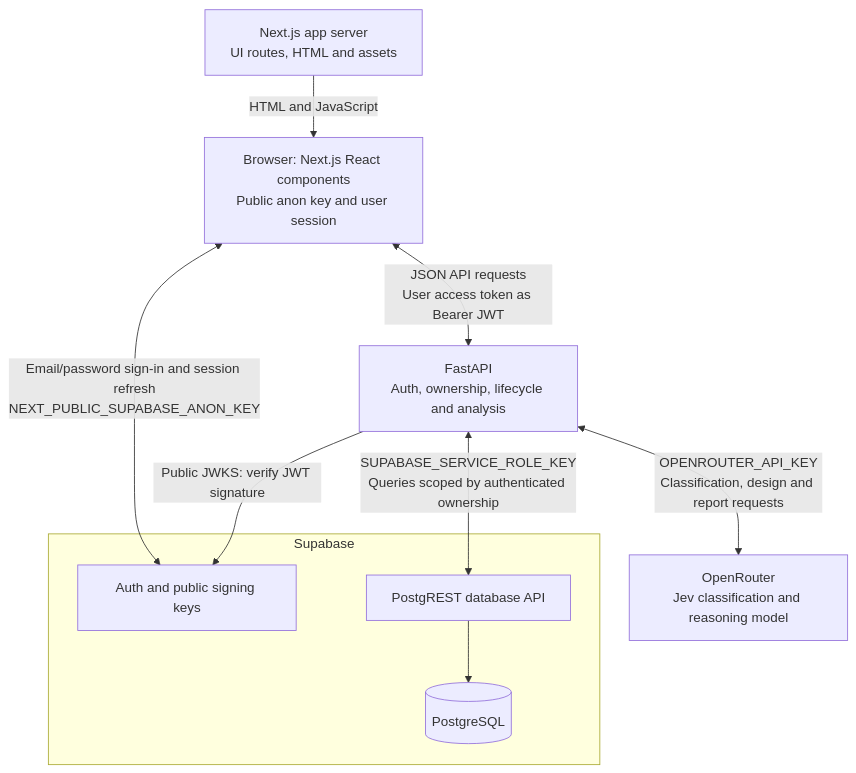
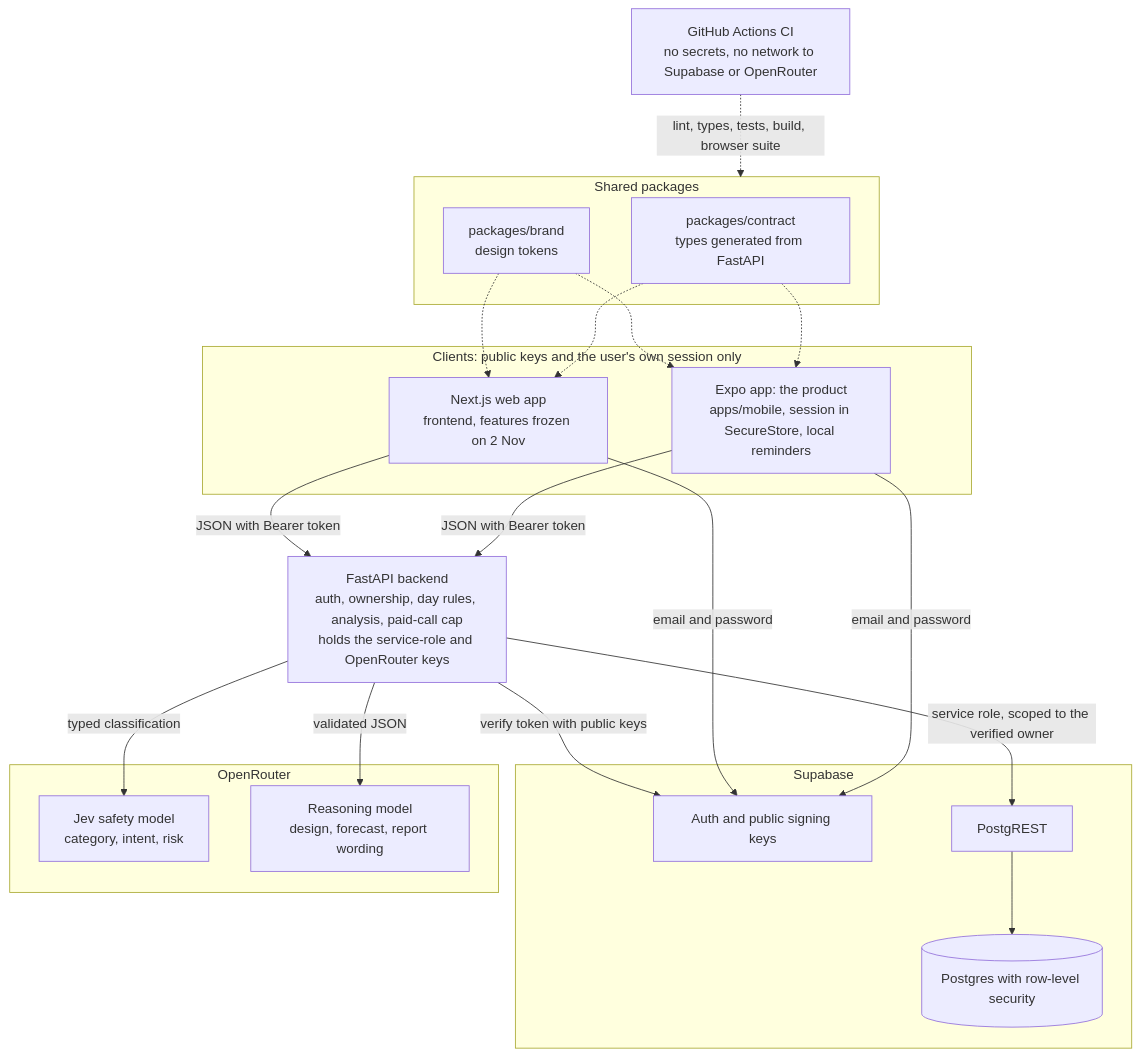
One commit to mnahsanofficial/rhythm-health changed the first of 6 diagrams in docs/ARCHITECTURE.md. Above: the diagram before and after it, drawn with Mermaid. The commit also changed other lines of this file and 22 other files, not shown here.

````diff
--- a/docs/ARCHITECTURE.md
+++ b/docs/ARCHITECTURE.md
@@ -7,19 +19,36 @@
 ```mermaid
 flowchart TB
-    WEB["Next.js app server<br/>UI routes, HTML and assets"]
-    UI["Browser: Next.js React components<br/>Public anon key and user session"]
-    API["FastAPI<br/>Auth, ownership, lifecycle and analysis"]
+    subgraph Clients["Clients: public keys and the user's own session only"]
+        M["Expo app: the product<br/>apps/mobile, session in SecureStore, local reminders"]
+        W["Next.js web app<br/>frontend, features frozen on 2 Nov"]
+    end
+    subgraph Shared["Shared packages"]
+        C["packages/contract<br/>types generated from FastAPI"]
+        B["packages/brand<br/>design tokens"]
+    end
+    API["FastAPI backend<br/>auth, ownership, day rules, analysis, paid-call cap<br/>holds the service-role and OpenRouter keys"]
     subgraph SB["Supabase"]
-        AUTH["Auth and public signing keys"]
-        REST["PostgREST database API"]
-        PG[("PostgreSQL")]
+        A["Auth and public signing keys"]
+        REST["PostgREST"]
+        PG[("Postgres with row-level security")]
         REST --> PG
     end
-    OR["OpenRouter<br/>Jev classification and reasoning model"]
-    WEB -->|"HTML and JavaScript"| UI
-    UI <-->|"Email/password sign-in and session refresh<br/>NEXT_PUBLIC_SUPABASE_ANON_KEY"| AUTH
-    UI <-->|"JSON API requests<br/>User access token as Bearer JWT"| API
-    API -->|"Public JWKS: verify JWT signature"| AUTH
-    API <-->|"SUPABASE_SERVICE_ROLE_KEY<br/>Queries scoped by authenticated ownership"| REST
-    API <-->|"OPENROUTER_API_KEY<br/>Classification, design and report requests"| OR
+    subgraph OR["OpenRouter"]
+        J["Jev safety model<br/>category, intent, risk"]
+        R["Reasoning model<br/>design, forecast, report wording"]
+    end
+    CI["GitHub Actions CI<br/>no secrets, no network to Supabase or OpenRouter"]
+    M -->|"email and password"| A
+    W -->|"email and password"| A
+    M -->|"JSON with Bearer token"| API
+    W -->|"JSON with Bearer token"| API
+    API -->|"verify token with public keys"| A
+    API -->|"service role, scoped to the verified owner"| REST
+    API -->|"typed classification"| J
+    API -->|"validated JSON"| R
+    C -.-> M
+    C -.-> W
+    B -.-> M
+    B -.-> W
+    CI -.->|"lint, types, tests, build, browser suite"| Shared
 ```
````
